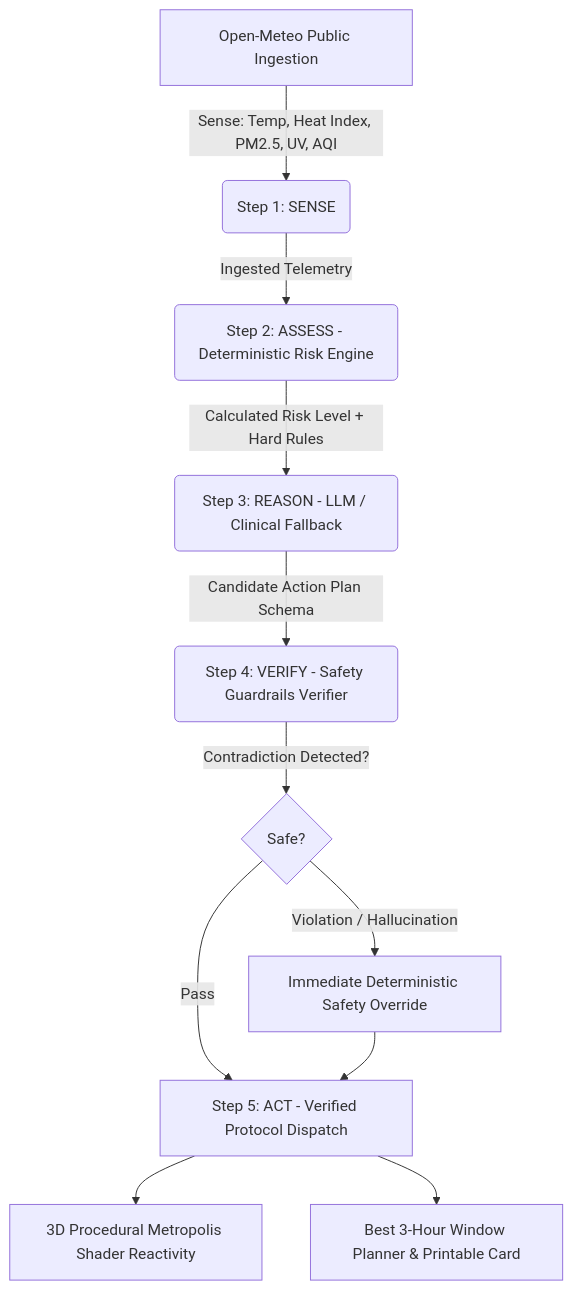
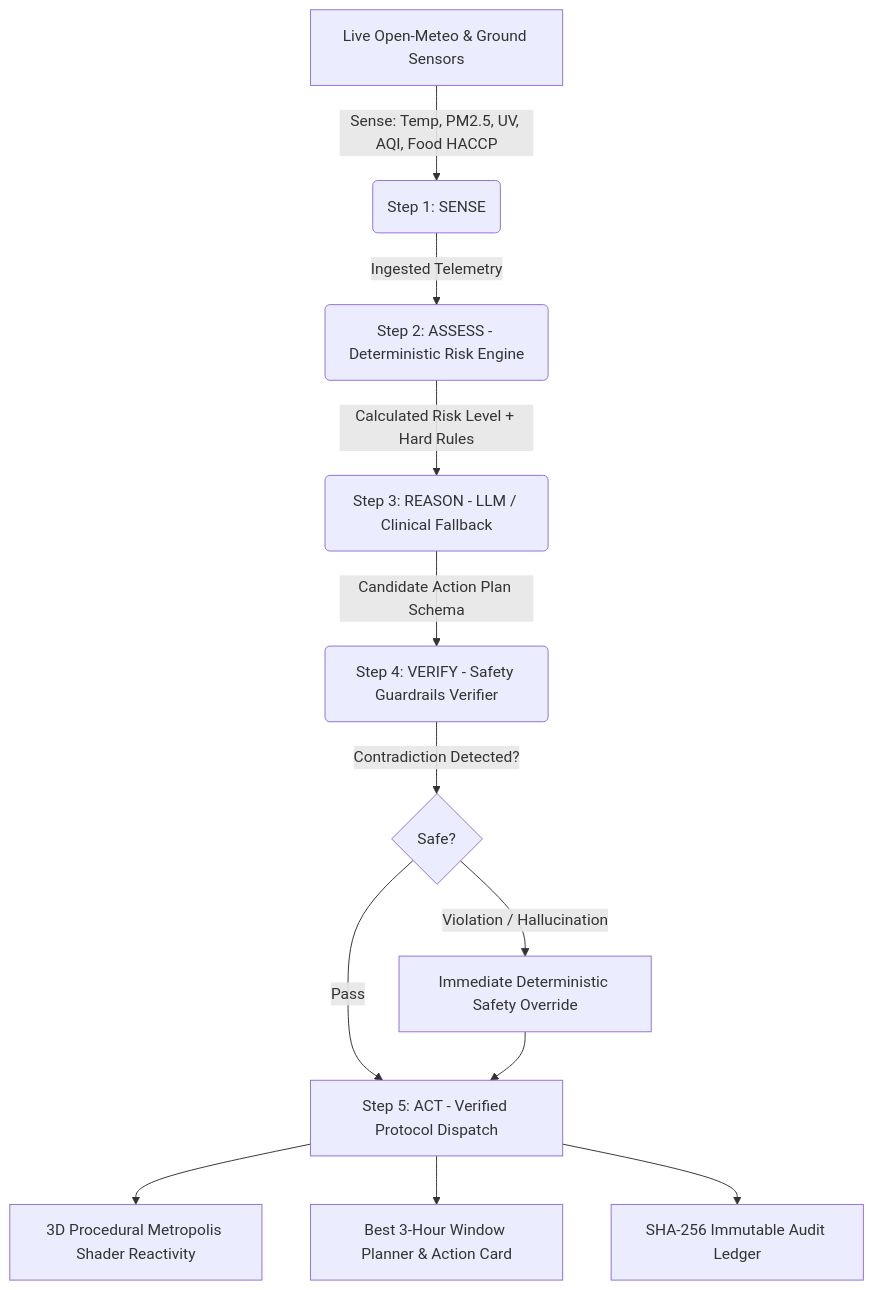
One commit to hwadarge-diamond/DEMANDED-AI changed the diagram in auraguard/README.md. Above: the diagram before and after it, drawn with Mermaid. The commit also changed other lines of this file and 15 other files, not shown here.

Commit message:
feat: expand DEMANDED AI across 5 real-world domains - Health, Food Security, Business ESG, Education, and Open Innovation

````diff
--- a/auraguard/README.md
+++ b/auraguard/README.md
@@ -37,13 +68,14 @@
 ```mermaid
 graph TD
-    A[Open-Meteo Public Ingestion] -->|Sense: Temp, Heat Index, PM2.5, UV, AQI| B(Step 1: SENSE)
+    A[Live Open-Meteo & Ground Sensors] -->|Sense: Temp, PM2.5, UV, AQI, Food HACCP| B(Step 1: SENSE)
     B -->|Ingested Telemetry| C(Step 2: ASSESS - Deterministic Risk Engine)
     C -->|Calculated Risk Level + Hard Rules| D(Step 3: REASON - LLM / Clinical Fallback)
     D -->|Candidate Action Plan Schema| E(Step 4: VERIFY - Safety Guardrails Verifier)
     E -->|Contradiction Detected?| F{Safe?}
     F -->|Pass| G[Step 5: ACT - Verified Protocol Dispatch]
     F -->|Violation / Hallucination| H[Immediate Deterministic Safety Override]
     H --> G
     G --> I[3D Procedural Metropolis Shader Reactivity]
-    G --> J[Best 3-Hour Window Planner & Printable Card]
+    G --> J[Best 3-Hour Window Planner & Action Card]
+    G --> K[SHA-256 Immutable Audit Ledger]
 ```
````
